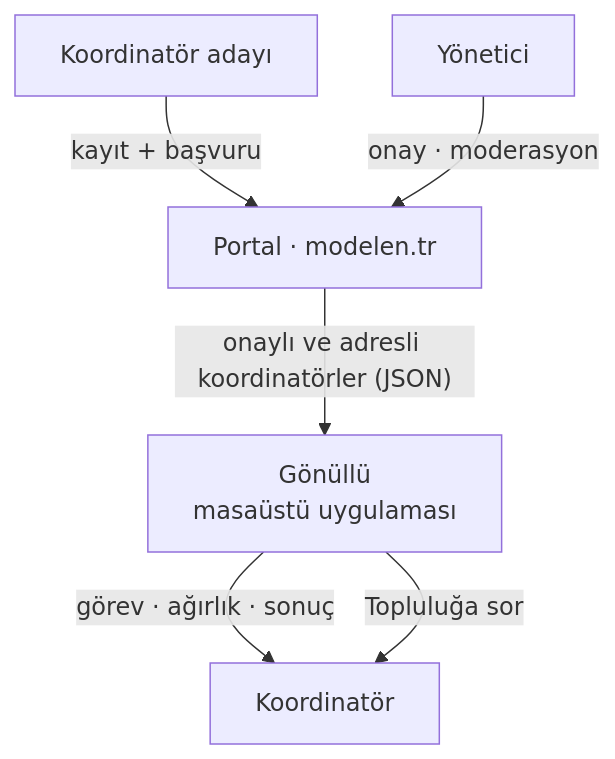
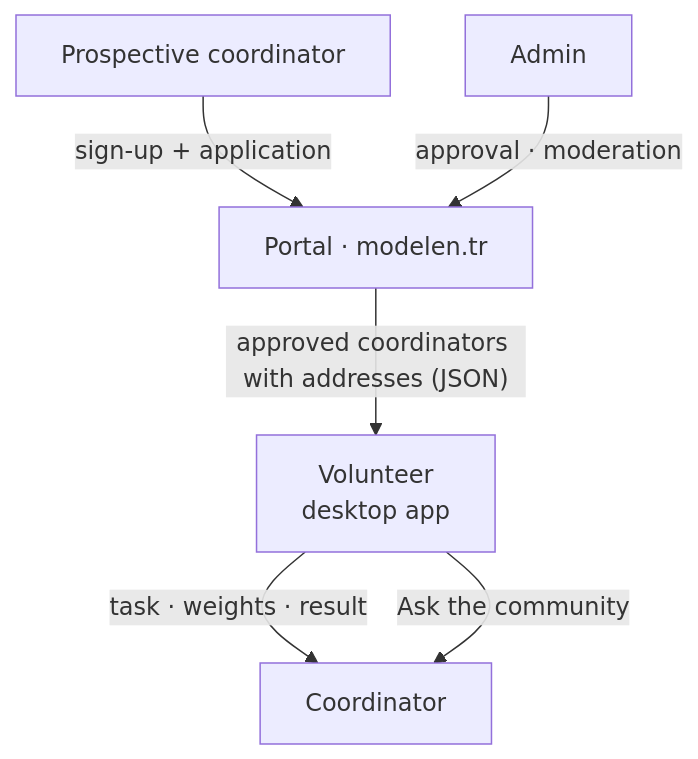
One commit to macbyclp/modelen-tr changed the second of 2 diagrams in README.md. Above: the diagram before and after it, drawn with Mermaid. The commit also changed other lines of this file and 2 other files, not shown here.

````diff
--- a/README.md
+++ b/README.md
@@ -152,8 +156,8 @@
 ```mermaid
 flowchart TB
-  U["Gönüllü<br/>masaüstü uygulaması"] -- "görev · ağırlık · sonuç" --> K["Koordinatör"]
-  C["Koordinatör adayı"] -- "kayıt + başvuru" --> P["Portal · modelen.tr"]
-  A["Yönetici"] -- "onay · moderasyon" --> P
-  P -- "onaylı ve adresli koordinatörler (JSON)" --> U
-  U -- "Topluluğa sor" --> K
+  U["Volunteer<br/>desktop app"] -- "task · weights · result" --> K["Coordinator"]
+  C["Prospective coordinator"] -- "sign-up + application" --> P["Portal · modelen.tr"]
+  A["Admin"] -- "approval · moderation" --> P
+  P -- "approved coordinators with addresses (JSON)" --> U
+  U -- "Ask the community" --> K
 ```
````
